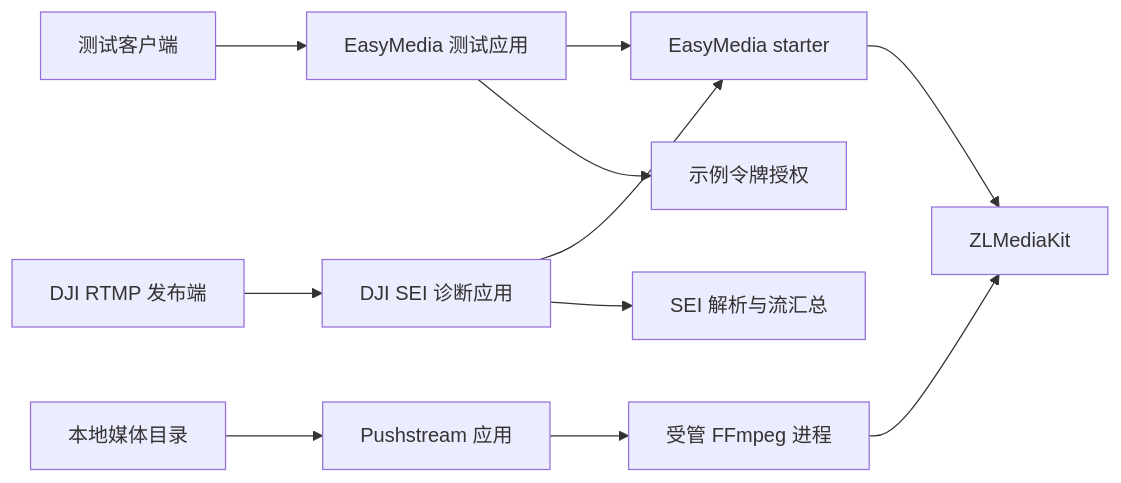
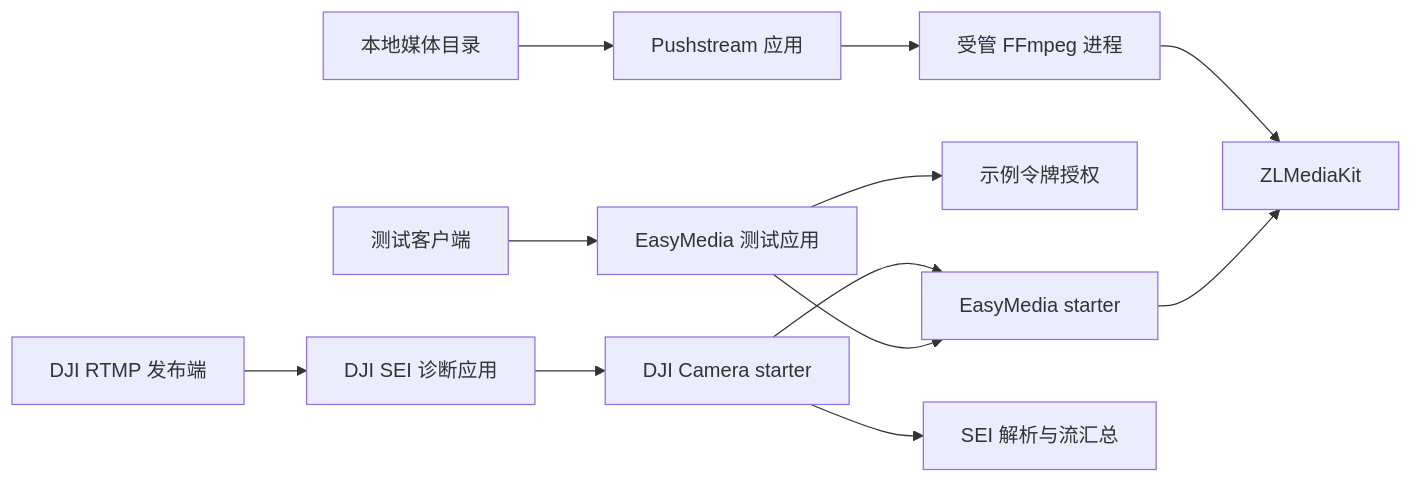
Before and after one commit to Secret799/simple-secret: the diagram in simple-secret-application/README.md, drawn with Mermaid. The commit also changed other lines of this file and 60 other files, not shown here.

````diff
--- a/simple-secret-application/README.md
+++ b/simple-secret-application/README.md
@@ -13,13 +13,14 @@
 ```mermaid
 flowchart LR
     CLIENT["测试客户端"] --> APP["EasyMedia 测试应用"]
     APP --> STARTER["EasyMedia starter"]
     STARTER --> ZLM["ZLMediaKit"]
     APP --> AUTH["示例令牌授权"]
     FILES["本地媒体目录"] --> PUSH["Pushstream 应用"]
     PUSH --> FFMPEG["受管 FFmpeg 进程"]
     FFMPEG --> ZLM
     DJI["DJI RTMP 发布端"] --> DJISEI["DJI SEI 诊断应用"]
-    DJISEI --> STARTER
-    DJISEI --> DIAG["SEI 解析与流汇总"]
+    DJISEI --> DJISTARTER["DJI Camera starter"]
+    DJISTARTER --> STARTER
+    DJISTARTER --> DIAG["SEI 解析与流汇总"]
 ```
````
